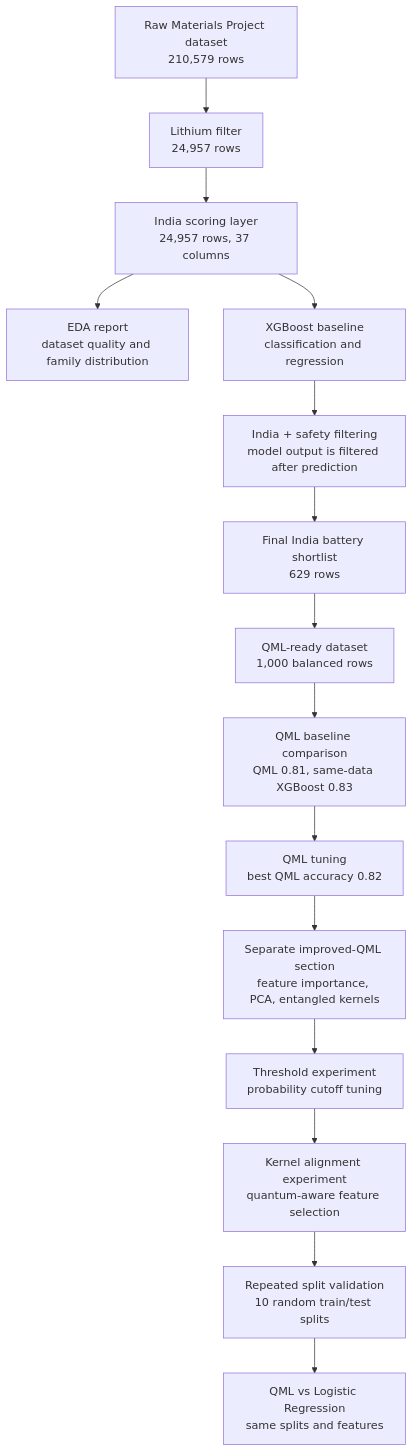
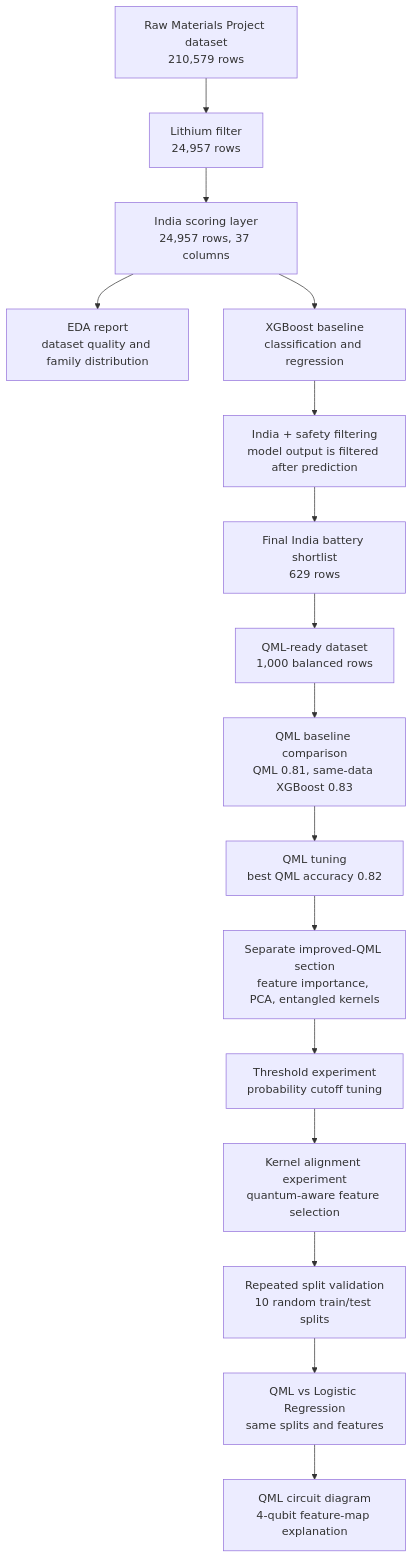
The diagram in Summer Vacation/data/metadata/project_pipeline_summary.md (lifeknife10A/hybrid-quantum-battery-stability-prediction), drawn with Mermaid before and after one commit. The commit also changed other lines of this file and 6 other files, not shown here.

Commit message:
Add QML circuit diagram

````diff
--- a/Summer Vacation/data/metadata/project_pipeline_summary.md
+++ b/Summer Vacation/data/metadata/project_pipeline_summary.md
@@ -36,17 +36,18 @@
 ```mermaid
 flowchart TD
     A["Raw Materials Project dataset<br/>210,579 rows"] --> B["Lithium filter<br/>24,957 rows"]
     B --> C["India scoring layer<br/>24,957 rows, 37 columns"]
     C --> D["EDA report<br/>dataset quality and family distribution"]
     C --> E["XGBoost baseline<br/>classification and regression"]
     E --> F["India + safety filtering<br/>model output is filtered after prediction"]
     F --> G["Final India battery shortlist<br/>629 rows"]
     G --> H["QML-ready dataset<br/>1,000 balanced rows"]
     H --> I["QML baseline comparison<br/>QML 0.81, same-data XGBoost 0.83"]
     I --> J["QML tuning<br/>best QML accuracy 0.82"]
     J --> K["Separate improved-QML section<br/>feature importance, PCA, entangled kernels"]
     K --> L["Threshold experiment<br/>probability cutoff tuning"]
     L --> M["Kernel alignment experiment<br/>quantum-aware feature selection"]
     M --> N["Repeated split validation<br/>10 random train/test splits"]
     N --> O["QML vs Logistic Regression<br/>same splits and features"]
+    O --> P["QML circuit diagram<br/>4-qubit feature-map explanation"]
 ```
````
